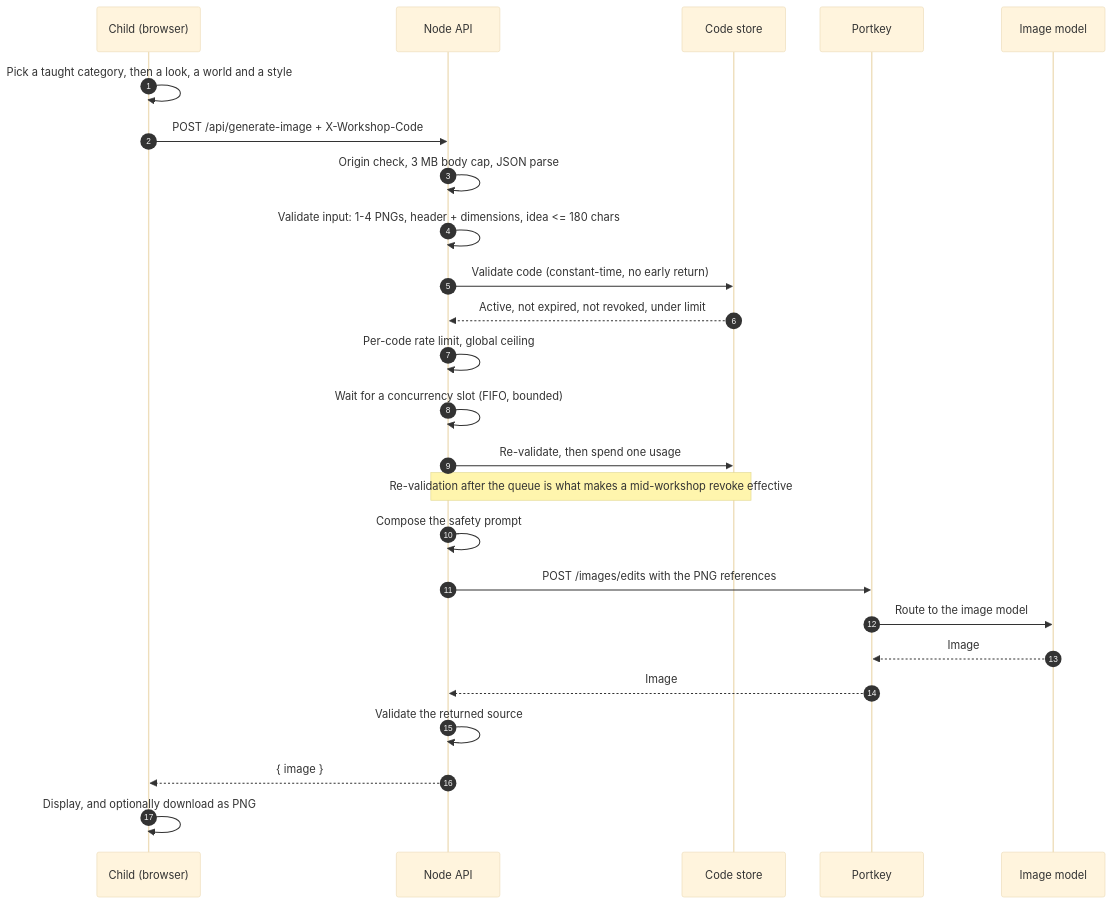
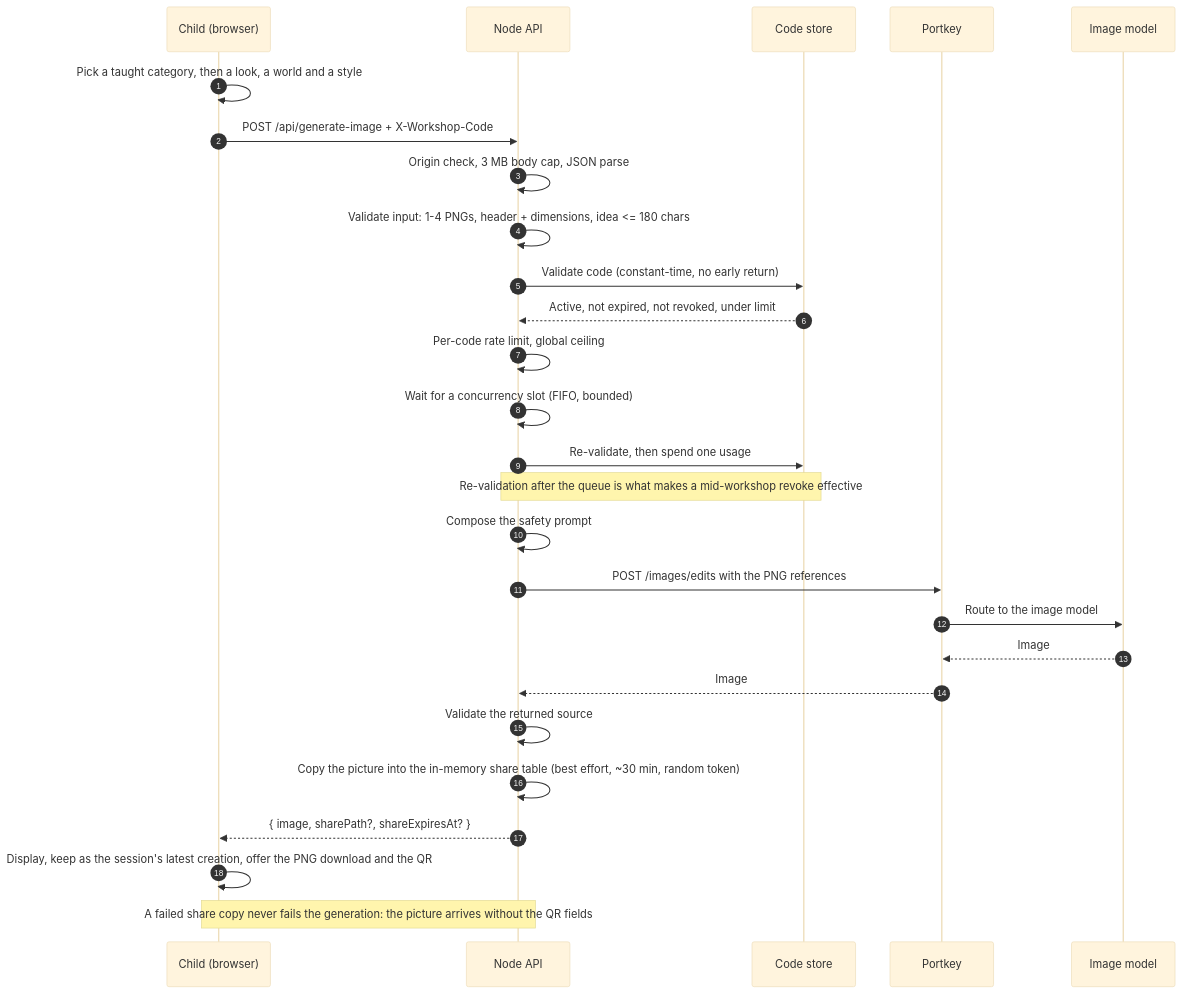
One commit to Drip1n/ai-doodle-lab changed the second of 4 diagrams in docs/architecture.md. Above: the diagram before and after it, drawn with Mermaid (base theme). The commit also changed other lines of this file and 5 other files, not shown here.

````diff
--- a/docs/architecture.md
+++ b/docs/architecture.md
@@ -124,28 +129,30 @@
 ```mermaid
 sequenceDiagram
     autonumber
     participant C as Child (browser)
     participant A as Node API
     participant S as Code store
     participant P as Portkey
     participant M as Image model
 
     C->>C: Pick a taught category, then a look, a world and a style
     C->>A: POST /api/generate-image + X-Workshop-Code
     A->>A: Origin check, 3 MB body cap, JSON parse
     A->>A: Validate input: 1-4 PNGs, header + dimensions, idea <= 180 chars
     A->>S: Validate code (constant-time, no early return)
     S-->>A: Active, not expired, not revoked, under limit
     A->>A: Per-code rate limit, global ceiling
     A->>A: Wait for a concurrency slot (FIFO, bounded)
     A->>S: Re-validate, then spend one usage
     Note over A,S: Re-validation after the queue is what makes a mid-workshop revoke effective
     A->>A: Compose the safety prompt
     A->>P: POST /images/edits with the PNG references
     P->>M: Route to the image model
     M-->>P: Image
     P-->>A: Image
     A->>A: Validate the returned source
-    A-->>C: { image }
-    C->>C: Display, and optionally download as PNG
+    A->>A: Copy the picture into the in-memory share table (best effort, ~30 min, random token)
+    A-->>C: { image, sharePath?, shareExpiresAt? }
+    C->>C: Display, keep as the session's latest creation, offer the PNG download and the QR
+    Note over C,A: A failed share copy never fails the generation: the picture arrives without the QR fields
 ```
````
